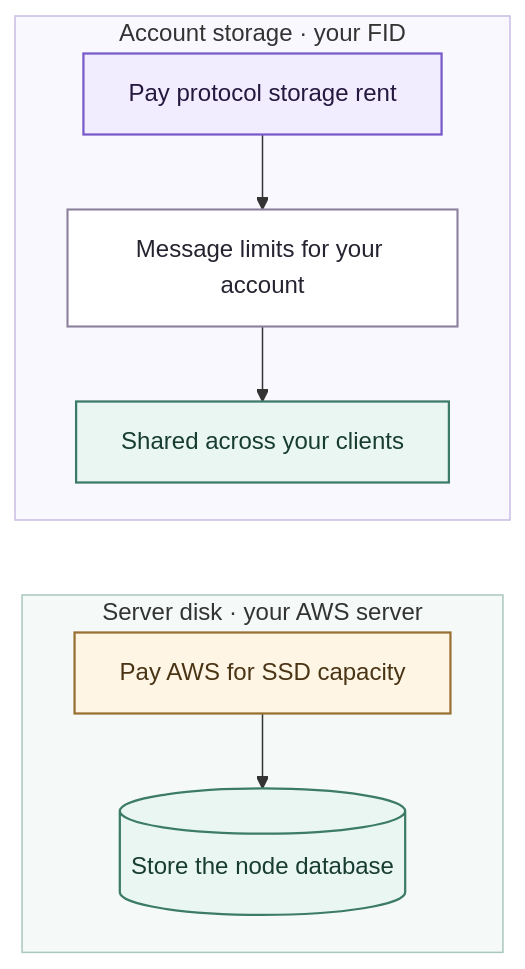
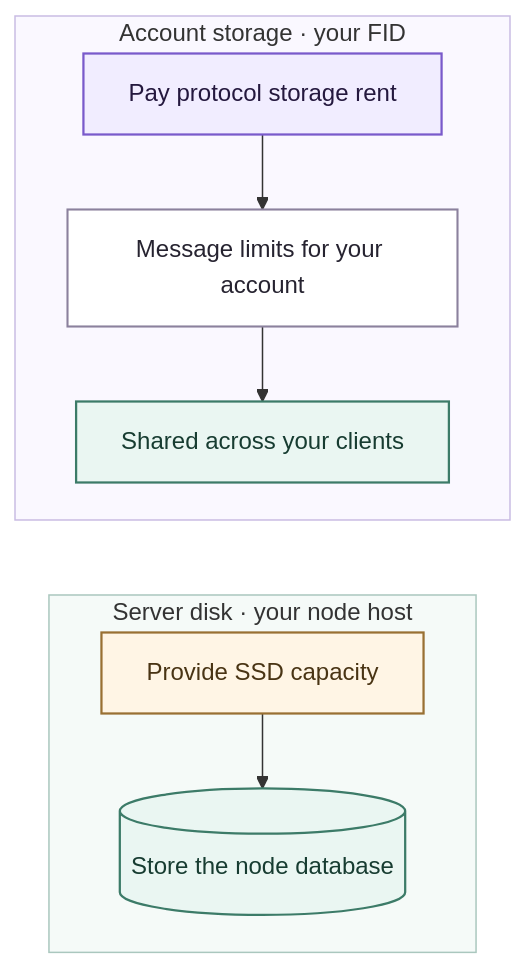
The diagram in site/diagrams/storage-mobile.mmd (vrajdesai78/farcaster-bounty), drawn with Mermaid before and after one commit. The commit also changed 25 other files, not shown here.

Commit message:
Add separate all-local and AWS setup paths with capacity checks

```diff
--- a/site/diagrams/storage-mobile.mmd
+++ b/site/diagrams/storage-mobile.mmd
@@ -1,22 +1,22 @@
 flowchart TB
 accTitle: Account storage and server disk are separate
-accDescr: Protocol storage rent increases an FID’s message allowance, shared by its clients. AWS disk holds the node’s copy of network state. These are separate purchases; increasing server disk does not increase account allowance.
+accDescr: Protocol storage rent increases an FID’s message allowance, shared by its clients. Host disk holds the node’s copy of network state. These are separate purchases; increasing server disk does not increase account allowance.
 subgraph A["Account storage · your FID"]
  rent["Pay protocol storage rent"]:::device
  limits["Message limits for your account"]:::service
  apps["Shared across your clients"]:::done
  rent --> limits --> apps
 end
-subgraph D["Server disk · your AWS server"]
- aws["Pay AWS for SSD capacity"]:::network
+subgraph D["Server disk · your node host"]
+ aws["Provide SSD capacity"]:::network
  disk[("Store the node database")]:::data
  aws --> disk
 end
 apps ~~~ aws
 style A fill:#faf8ff,stroke:#c9bce3
 style D fill:#f5faf8,stroke:#aac7be
 classDef device fill:#f1edff,stroke:#795acb,color:#24183e,stroke-width:1.5px
 classDef service fill:#ffffff,stroke:#8b819d,color:#262330,stroke-width:1.4px
 classDef data fill:#eaf6f2,stroke:#3c7b68,color:#173c31,stroke-width:1.5px
 classDef network fill:#fff5e5,stroke:#997033,color:#493414,stroke-width:1.5px
 classDef done fill:#eaf6f2,stroke:#3c7b68,color:#173c31,stroke-width:1.5px
```
